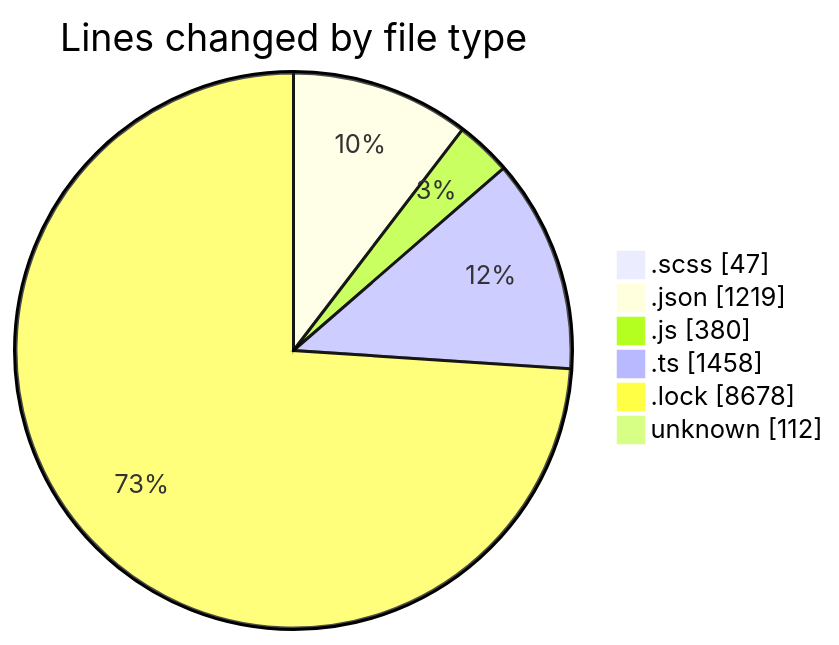
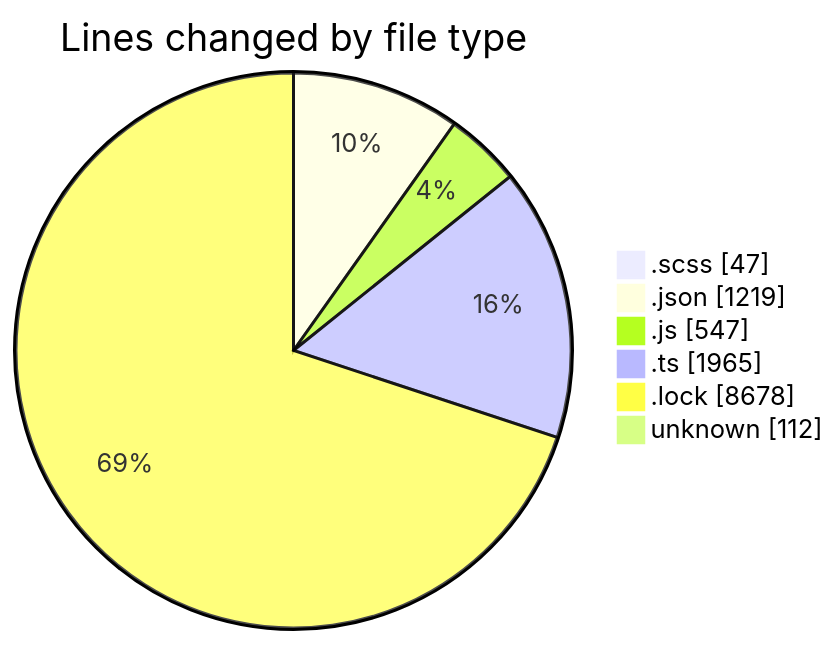
Before and after one commit to momahboobian/code-tracking: the first of 2 diagrams in 2026-04-21/cda/README.md, drawn with Mermaid. The commit also changed other lines of this file and 1 other file, not shown here.

````diff
--- a/2026-04-21/cda/README.md
+++ b/2026-04-21/cda/README.md
@@ -44,10 +44,10 @@
 ```mermaid
 pie showData
 title Lines changed by file type
 ".scss" : 47
 ".json" : 1219
-".js" : 380
-".ts" : 1458
+".js" : 547
+".ts" : 1965
 ".lock" : 8678
 "unknown" : 112
 ```
````
